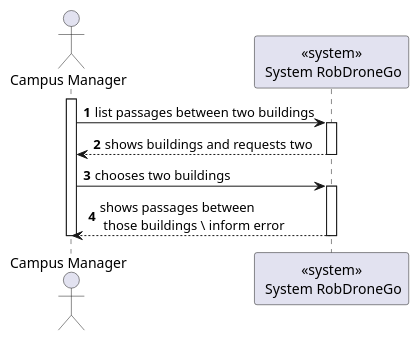
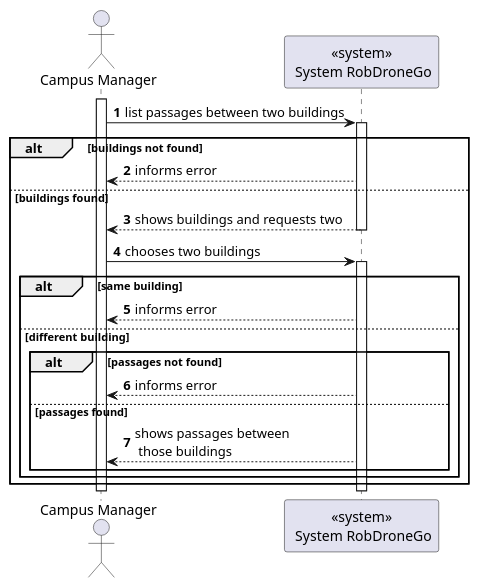
The diagram in docs/us1190/level1/process-view.puml (Departamento-de-Engenharia-Informatica/lapr5-23-24-g19), drawn with PlantUML before and after one commit. The commit also changed 5 other files, not shown here.

```diff
--- a/docs/us1190/level1/process-view.puml
+++ b/docs/us1190/level1/process-view.puml
@@ -1,21 +1,35 @@
 @startuml
 autonumber
 
 actor "Campus Manager" as usr
 
 participant "<<system>>\n System RobDroneGo" as sys
 
 activate usr
     usr -> sys : list passages between two buildings
     activate sys
-        sys --> usr : shows buildings and requests two
-    deactivate sys
+    alt buildings not found
+            sys --> usr : informs error
+        else buildings found
+            sys --> usr : shows buildings and requests two
+        deactivate sys
+
 
     usr -> sys : chooses two buildings
     activate sys
-        sys --> usr: shows passages between\n those buildings \ inform error
 
+    alt same building
+        sys --> usr: informs error
+    else different building
+
+        alt passages not found
+            sys --> usr: informs error
+        else passages found
+            sys --> usr: shows passages between\n those buildings
+            end
+        end
+    end
     deactivate sys
 deactivate usr
 
 @enduml
```
